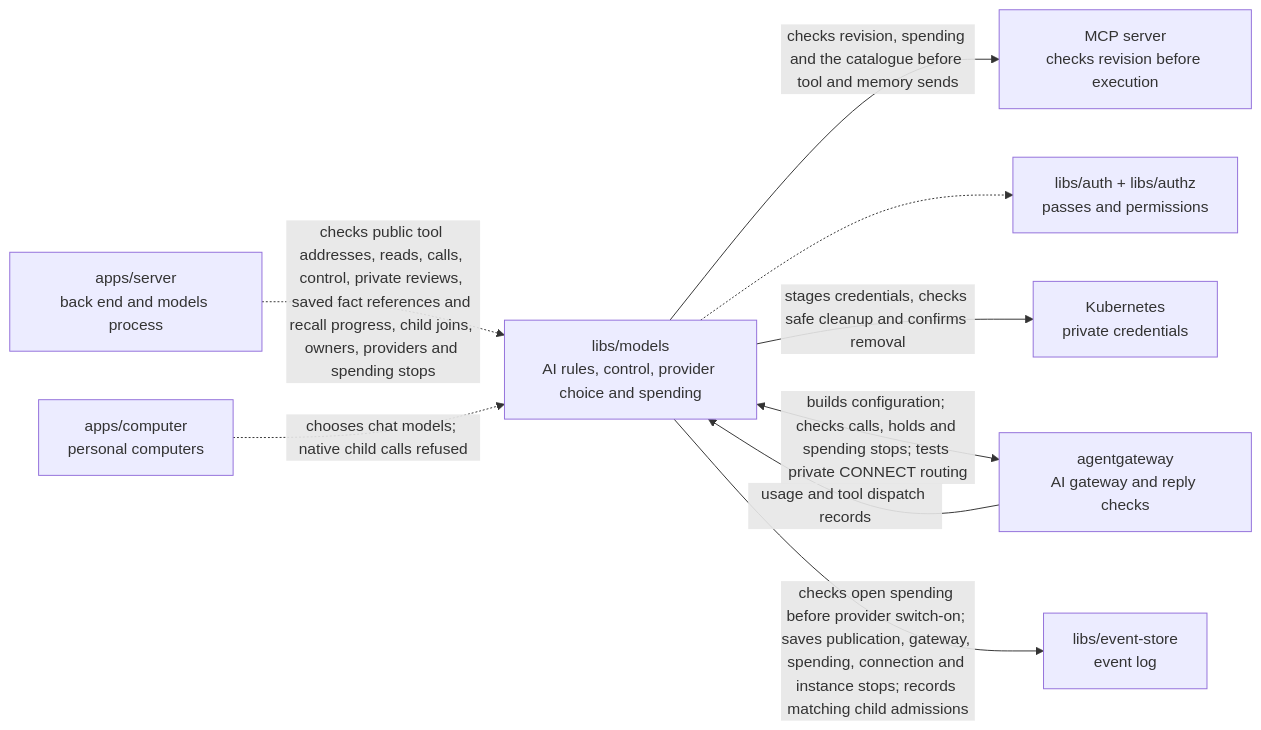
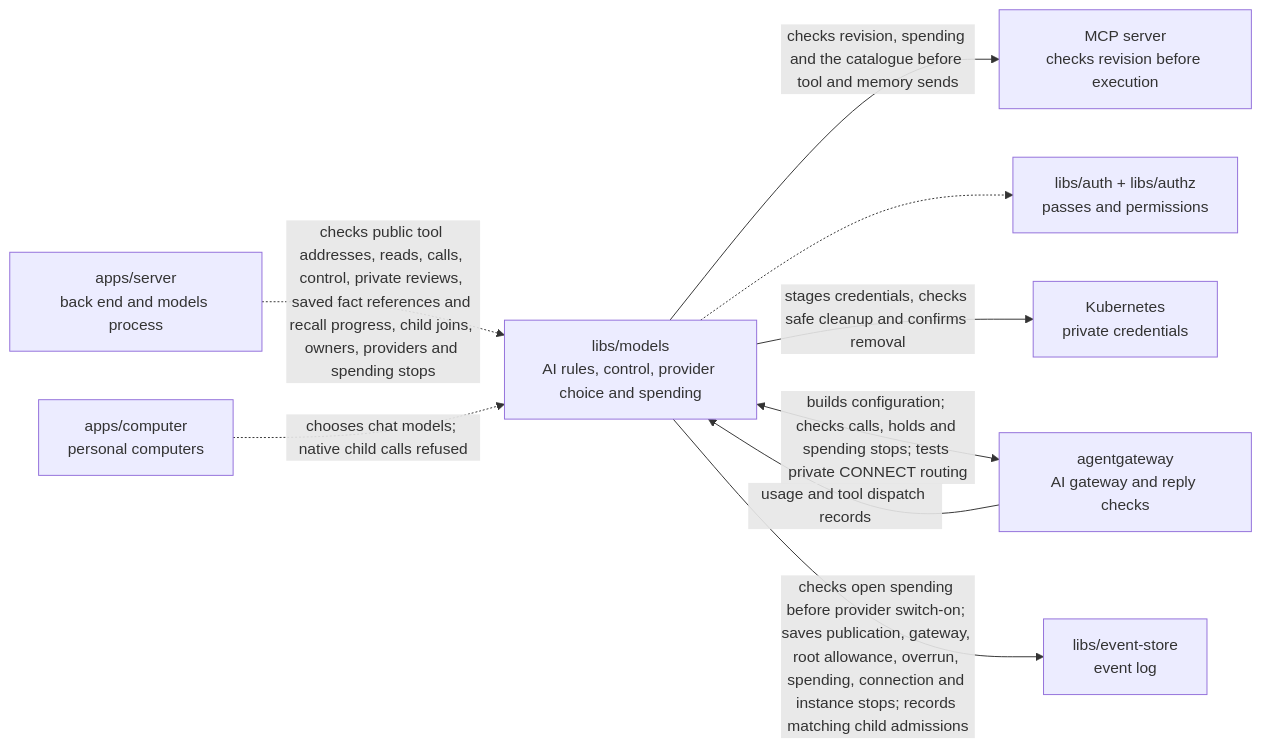
The diagram in libs/models/README.md (elewa-git/opencrane-new), drawn with Mermaid before and after one commit. The commit also changed other lines of this file and 16 other files, not shown here.

First line of the commit message:
🪙 Each child chat root gets a fixed spending allowance, and an overrun or refusal stops that root for good (#397)

````diff
--- a/libs/models/README.md
+++ b/libs/models/README.md
@@ -14,11 +14,11 @@
 ```mermaid
 flowchart LR
   server["apps/server<br/>back end and models process"] -.->|checks public tool addresses, reads, calls, control, private reviews, saved fact references and recall progress, child joins, owners, providers and spending stops| models["libs/models<br/>AI rules, control, provider choice and spending"]
   models -->|checks revision, spending and the catalogue before tool and memory sends| mcp["MCP server<br/>checks revision before execution"]
   computer["apps/computer<br/>personal computers"] -.->|chooses chat models; native child calls refused| models
   models -.-> auth["libs/auth + libs/authz<br/>passes and permissions"]
   models -->|stages credentials, checks safe cleanup and confirms removal| custody["Kubernetes<br/>private credentials"]
   models <-->|builds configuration; checks calls, holds and spending stops; tests private CONNECT routing| gateway["agentgateway<br/>AI gateway and reply checks"]
   gateway -->|usage and tool dispatch records| models
-  models -->|checks open spending before provider switch-on; saves publication, gateway, spending, connection and instance stops; records matching child admissions| store["libs/event-store<br/>event log"]
+  models -->|checks open spending before provider switch-on; saves publication, gateway, root allowance, overrun, spending, connection and instance stops; records matching child admissions| store["libs/event-store<br/>event log"]
 ```
````
